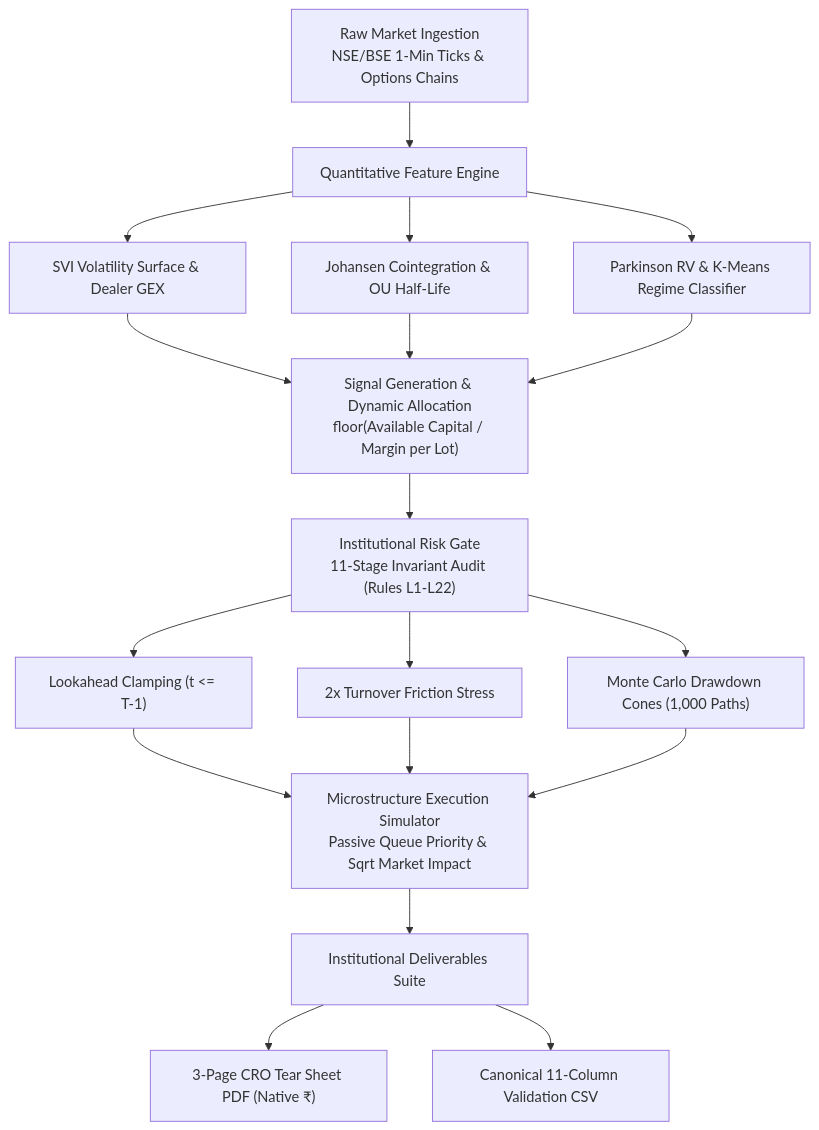
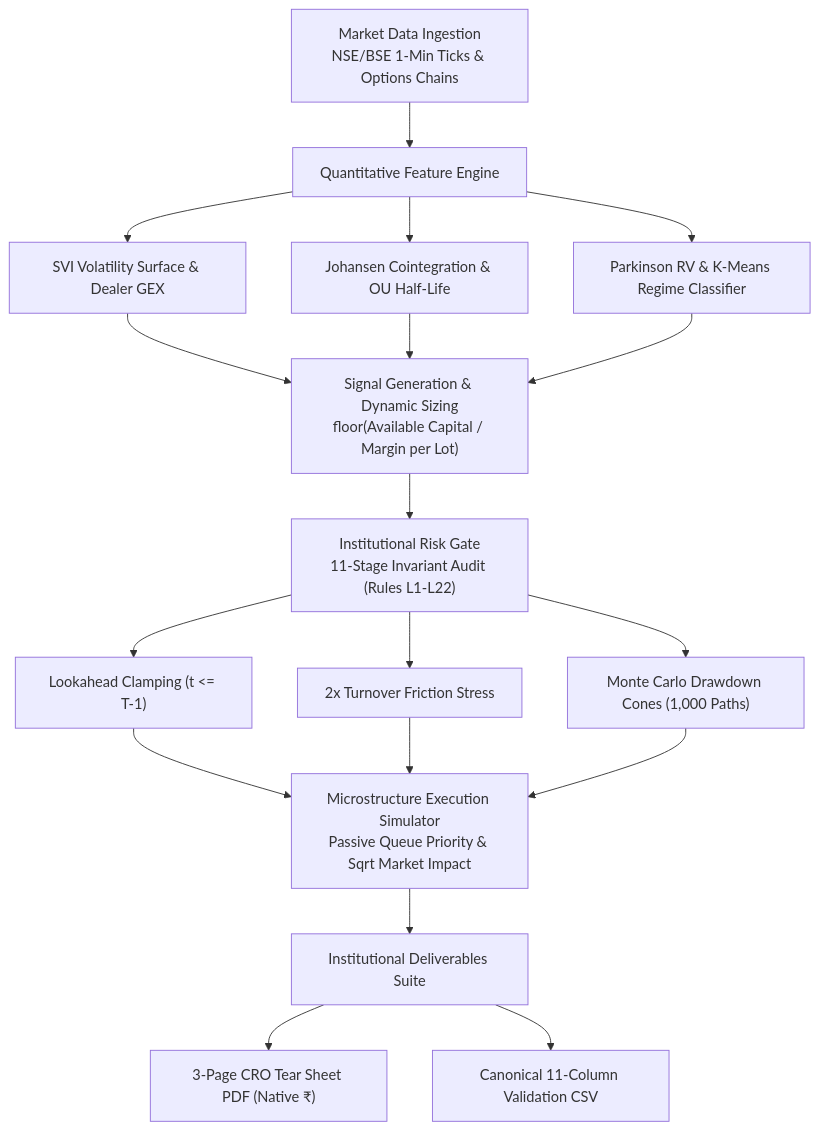
The diagram in research_showcases/README.md (pchauhanrajputpc-sketch/quant-research-portfolio), drawn with Mermaid before and after one commit. The commit also changed other lines of this file and 1 other file, not shown here.

````diff
--- a/research_showcases/README.md
+++ b/research_showcases/README.md
@@ -34,22 +34,22 @@
 ```mermaid
 graph TD
-    A["Raw Market Ingestion<br/>NSE/BSE 1-Min Ticks & Options Chains"] --> B["Quantitative Feature Engine"]
+    A["Market Data Ingestion<br/>NSE/BSE 1-Min Ticks & Options Chains"] --> B["Quantitative Feature Engine"]
     B --> B1["SVI Volatility Surface & Dealer GEX"]
     B --> B2["Johansen Cointegration & OU Half-Life"]
     B --> B3["Parkinson RV & K-Means Regime Classifier"]
     
-    B1 --> C["Signal Generation & Dynamic Allocation<br/>floor(Available Capital / Margin per Lot)"]
+    B1 --> C["Signal Generation & Dynamic Sizing<br/>floor(Available Capital / Margin per Lot)"]
     B2 --> C
     B3 --> C
     
     C --> D["Institutional Risk Gate<br/>11-Stage Invariant Audit (Rules L1-L22)"]
     D --> D1["Lookahead Clamping (t <= T-1)"]
     D --> D2["2x Turnover Friction Stress"]
     D --> D3["Monte Carlo Drawdown Cones (1,000 Paths)"]
     
     D1 & D2 & D3 --> E["Microstructure Execution Simulator<br/>Passive Queue Priority & Sqrt Market Impact"]
     
     E --> F["Institutional Deliverables Suite"]
     F --> F1["3-Page CRO Tear Sheet PDF (Native ₹)"]
     F --> F2["Canonical 11-Column Validation CSV"]
 ```
````
